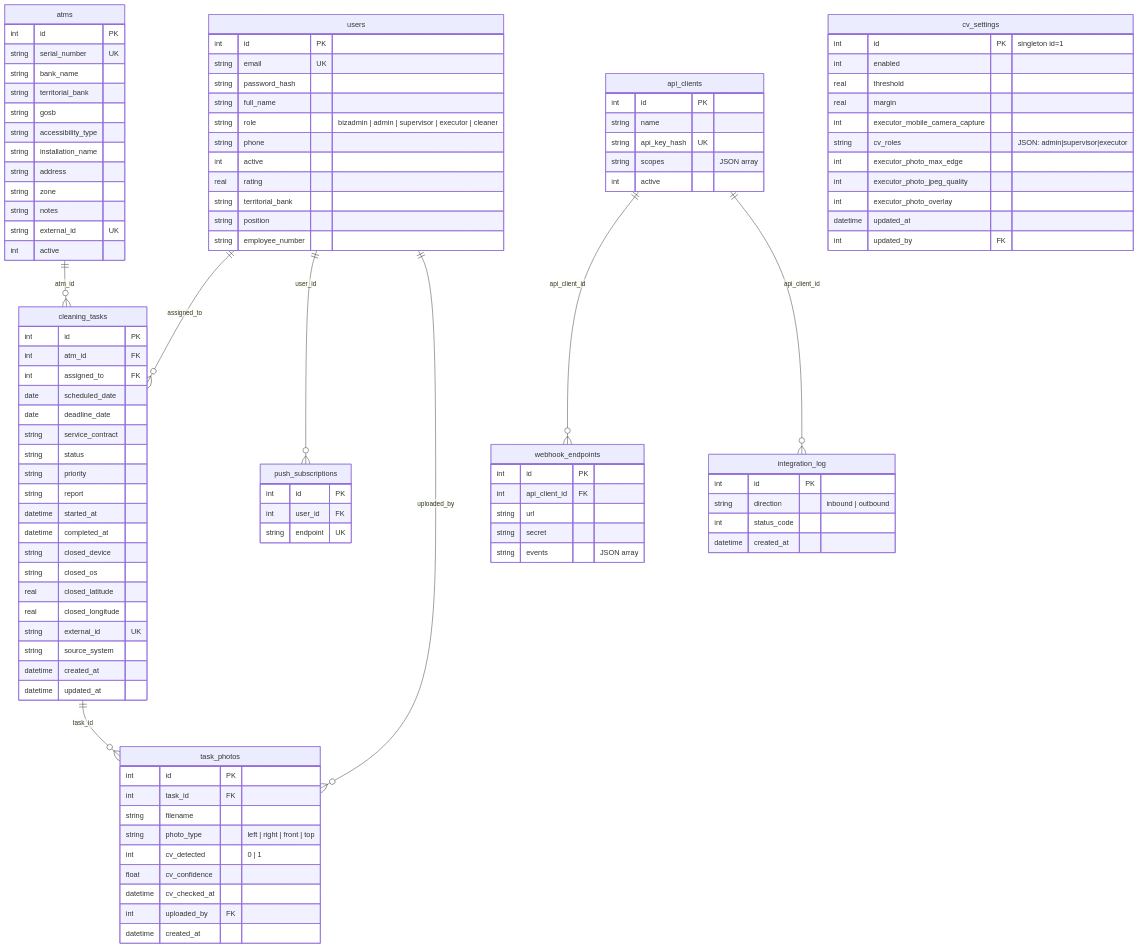
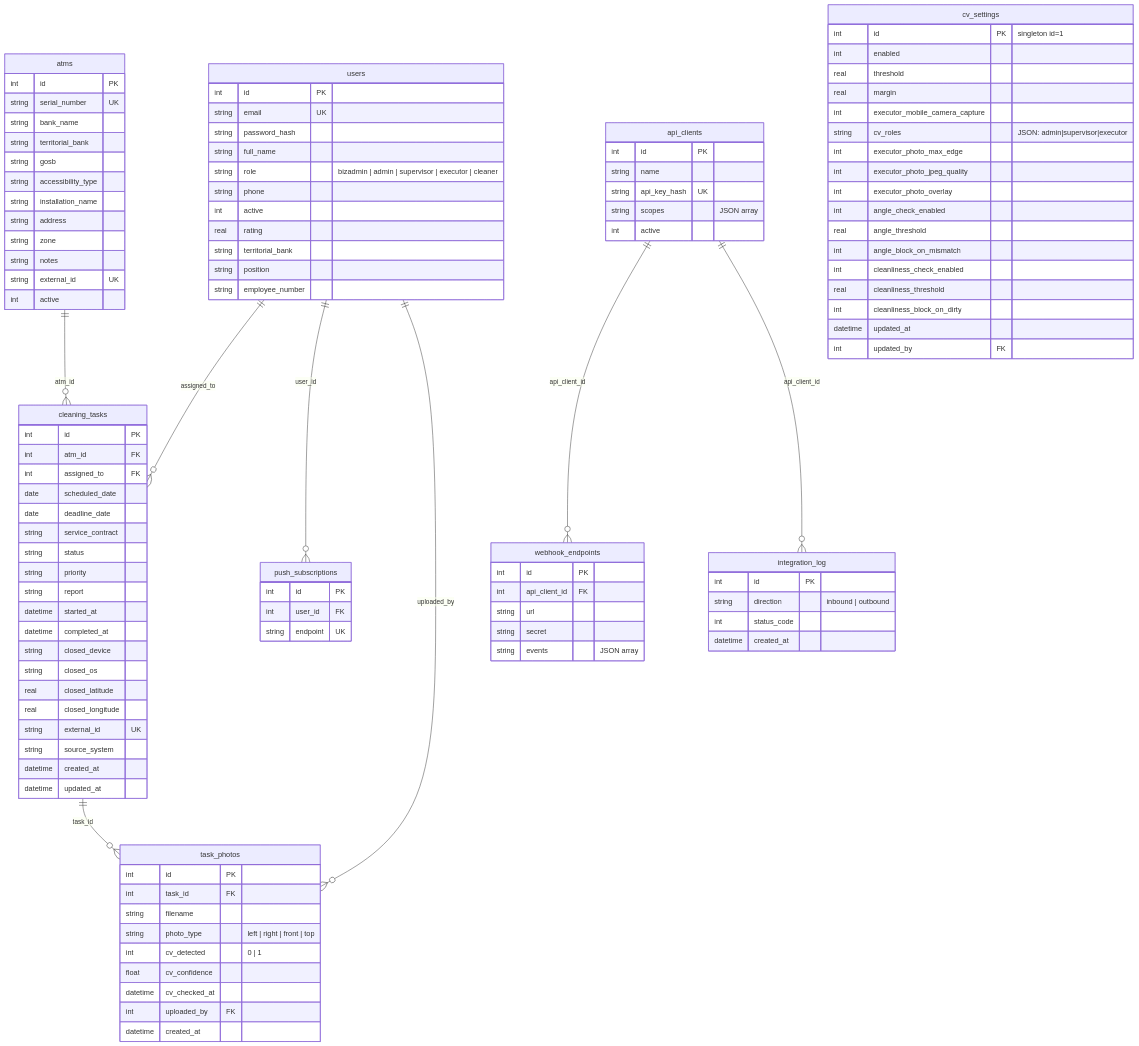
Before and after one commit to DjSurfTSI/control-app: the second of 12 diagrams in ARCHITECTURE.md, drawn with Mermaid. The commit also changed other lines of this file and 18 other files, not shown here.

```diff
--- a/ARCHITECTURE.md
+++ b/ARCHITECTURE.md
@@ -266,6 +269,12 @@
         int executor_photo_max_edge
         int executor_photo_jpeg_quality
         int executor_photo_overlay
+        int angle_check_enabled
+        real angle_threshold
+        int angle_block_on_mismatch
+        int cleanliness_check_enabled
+        real cleanliness_threshold
+        int cleanliness_block_on_dirty
         datetime updated_at
         int updated_by FK
     }
```
